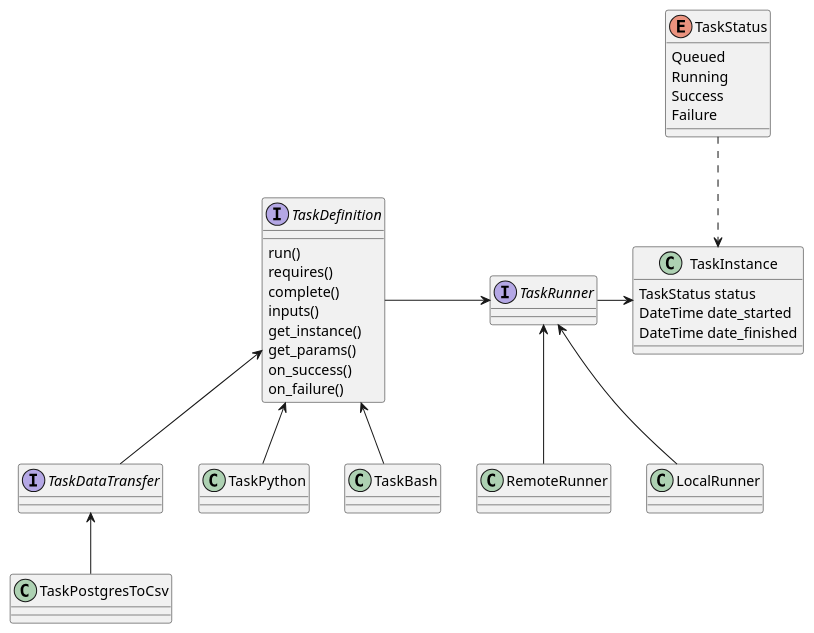
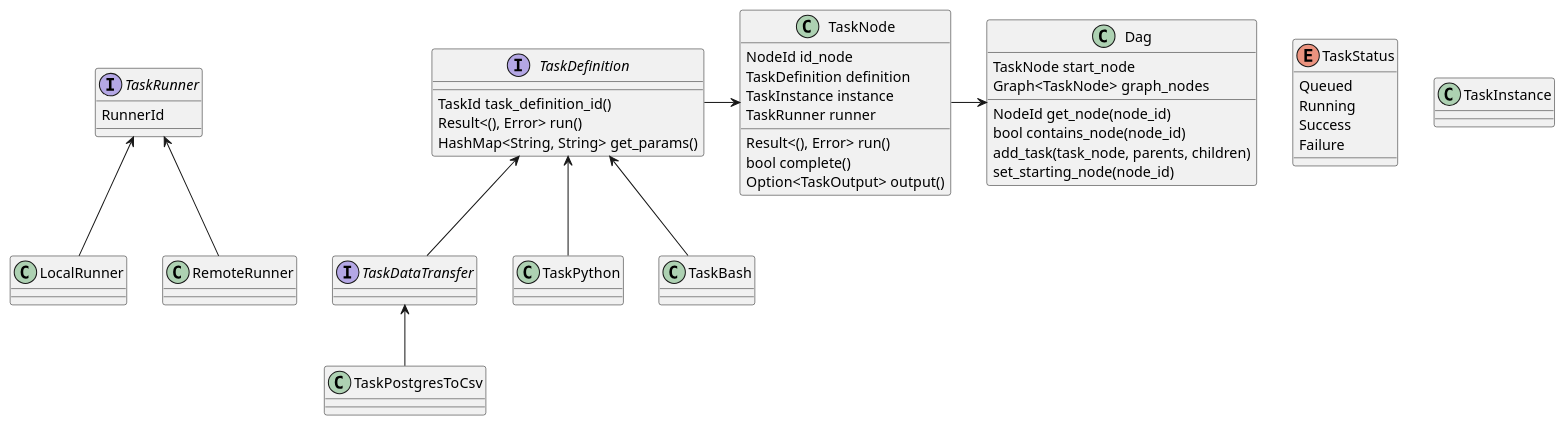
Before and after one commit to Gnonpi/yoshi: the diagram in starting-diagram.puml, drawn with PlantUML.

Commit message:
updating puml

```diff
--- a/starting-diagram.puml
+++ b/starting-diagram.puml
@@ -1,55 +1,73 @@
 @startuml
 /'
 I know classes aren't really a thing in Rust
 but it helps me to think about the structure.
 This is really not data-driven.
 I'll try and update this as I go
 '/
 
+class Dag {
+  TaskNode start_node
+  {field} Graph<TaskNode> graph_nodes
+  NodeId get_node(node_id)
+  bool contains_node(node_id)
+  add_task(task_node, parents, children)
+  set_starting_node(node_id)
+}
+
+class TaskNode {
+  NodeId id_node
+  TaskDefinition definition
+  TaskInstance instance
+  TaskRunner runner
+  {method} Result<(), Error> run()
+  bool complete()
+  {method} Option<TaskOutput> output()
+}
+
+interface TaskDefinition {
+  TaskId task_definition_id()
+  {method} Result<(), Error> run()
+  {method} HashMap<String, String> get_params()
+}
+
+interface TaskRunner {
+  RunnerId 
+}
+
 enum TaskStatus {
   Queued
   Running
   Success
   Failure
 }
 
-interface TaskDefinition {
-  run()
-  requires()
-  complete()
-  inputs()
-  get_instance()
-  get_params()
-  on_success()
-  on_failure()
-}
 interface TaskRunner
-class TaskInstance {
-  TaskStatus status
-  DateTime date_started
-  DateTime date_finished
-}
+
+class TaskInstance
 
 ' TaskDefinition implementations
 class TaskPython
 class TaskBash
 interface TaskDataTransfer
 class TaskPostgresToCsv
 
 TaskPython -up-> TaskDefinition
 TaskBash -up-> TaskDefinition
 TaskDataTransfer -up-> TaskDefinition
 TaskPostgresToCsv -up-> TaskDataTransfer
 
 ' TaskRunner implementations
 class LocalRunner
 class RemoteRunner
 LocalRunner -up-> TaskRunner
 RemoteRunner -up-> TaskRunner
 
-TaskDefinition -right-> TaskRunner
-TaskRunner -right-> TaskInstance
+' TaskDefinition -right-> TaskRunner
+' TaskRunner -right-> TaskInstance
 
-TaskStatus .down.> TaskInstance
+' TaskStatus .down.> TaskInstance
+TaskNode -> Dag
+TaskDefinition -> TaskNode
 
 @enduml
```
